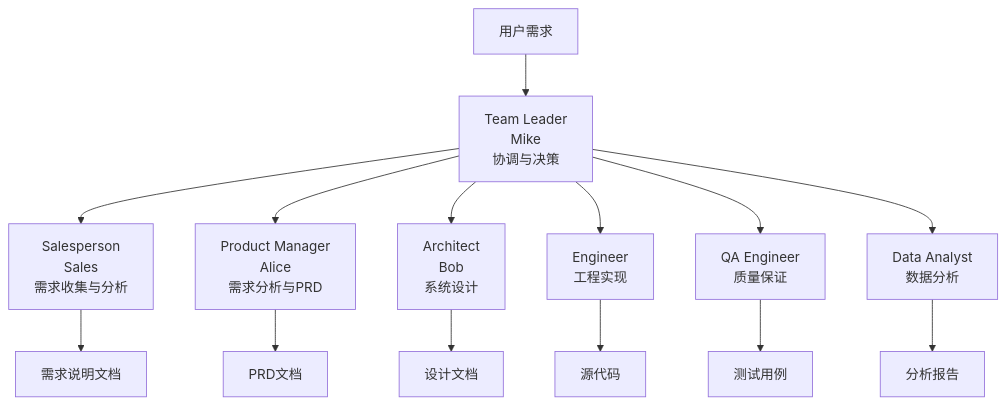
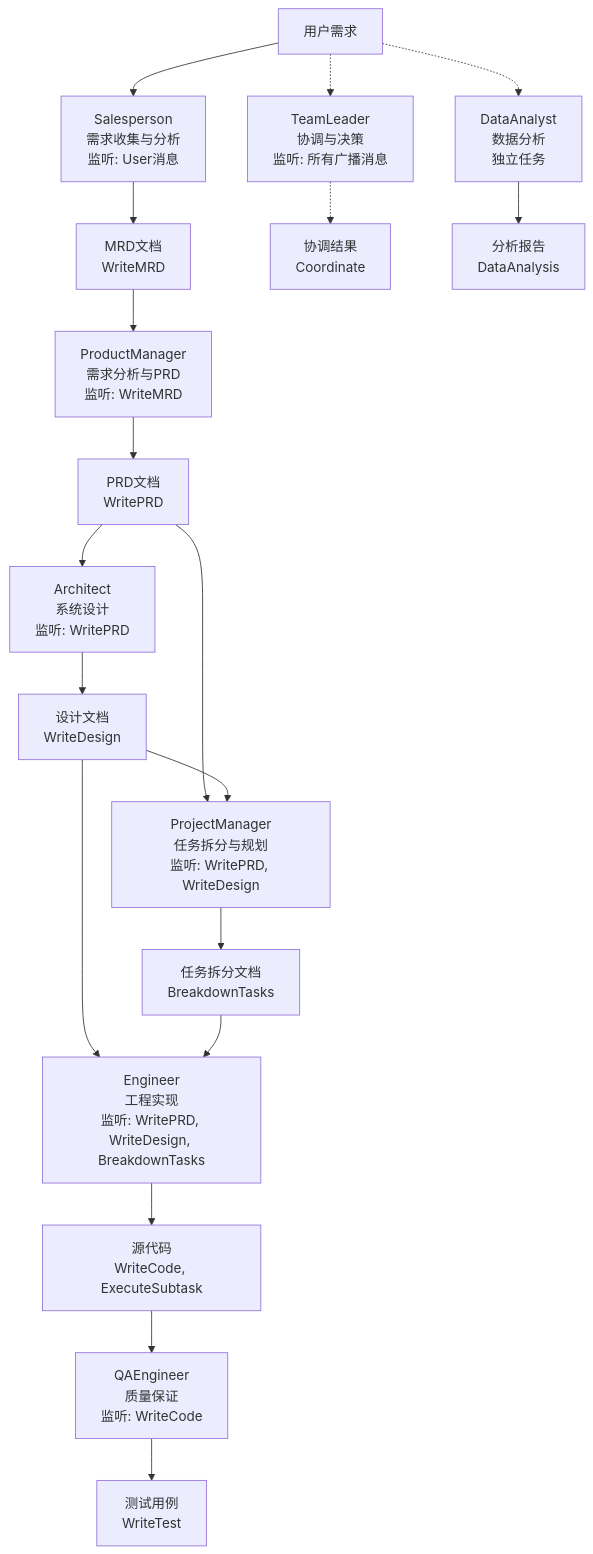
The first of 5 diagrams in doc/02_产品需求文档_PRD.md (Whisper24X/personal), drawn with Mermaid before and after one commit. The commit also changed other lines of this file and 9 other files, not shown here.

First line of the commit message:
Refactor ProductManager and Role classes to enhance action handling and documentation

````diff
--- a/doc/02_产品需求文档_PRD.md
+++ b/doc/02_产品需求文档_PRD.md
@@ -83,17 +83,28 @@
 ```mermaid
 graph TB
-    User[用户需求] --> TL[Team Leader<br/>Mike<br/>协调与决策]
-    TL --> Sales[Salesperson<br/>Sales<br/>需求收集与分析]
-    TL --> PM[Product Manager<br/>Alice<br/>需求分析与PRD]
-    TL --> Arch[Architect<br/>Bob<br/>系统设计]
-    TL --> Eng[Engineer<br/>工程实现]
-    TL --> QA[QA Engineer<br/>质量保证]
-    TL --> DA[Data Analyst<br/>数据分析]
+    User[用户需求] --> Sales[Salesperson<br/>需求收集与分析<br/>监听: User消息]
+    Sales --> MRD[MRD文档<br/>WriteMRD]
     
-    Sales --> ReqSpec[需求说明文档]
-    PM --> PRD[PRD文档]
-    Arch --> Design[设计文档]
-    Eng --> Code[源代码]
-    QA --> Tests[测试用例]
-    DA --> Analysis[分析报告]
+    MRD --> PM[ProductManager<br/>需求分析与PRD<br/>监听: WriteMRD]
+    PM --> PRD[PRD文档<br/>WritePRD]
+    
+    PRD --> Arch[Architect<br/>系统设计<br/>监听: WritePRD]
+    Arch --> Design[设计文档<br/>WriteDesign]
+    
+    PRD --> PMgr[ProjectManager<br/>任务拆分与规划<br/>监听: WritePRD, WriteDesign]
+    Design --> PMgr
+    PMgr --> Tasks[任务拆分文档<br/>BreakdownTasks]
+    
+    Design --> Eng[Engineer<br/>工程实现<br/>监听: WritePRD, WriteDesign, BreakdownTasks]
+    Tasks --> Eng
+    Eng --> Code[源代码<br/>WriteCode, ExecuteSubtask]
+    
+    Code --> QA[QAEngineer<br/>质量保证<br/>监听: WriteCode]
+    QA --> Tests[测试用例<br/>WriteTest]
+    
+    User -.-> TL[TeamLeader<br/>协调与决策<br/>监听: 所有广播消息]
+    TL -.-> Coordinate[协调结果<br/>Coordinate]
+    
+    User -.-> DA[DataAnalyst<br/>数据分析<br/>独立任务]
+    DA --> Analysis[分析报告<br/>DataAnalysis]
 ```
````
